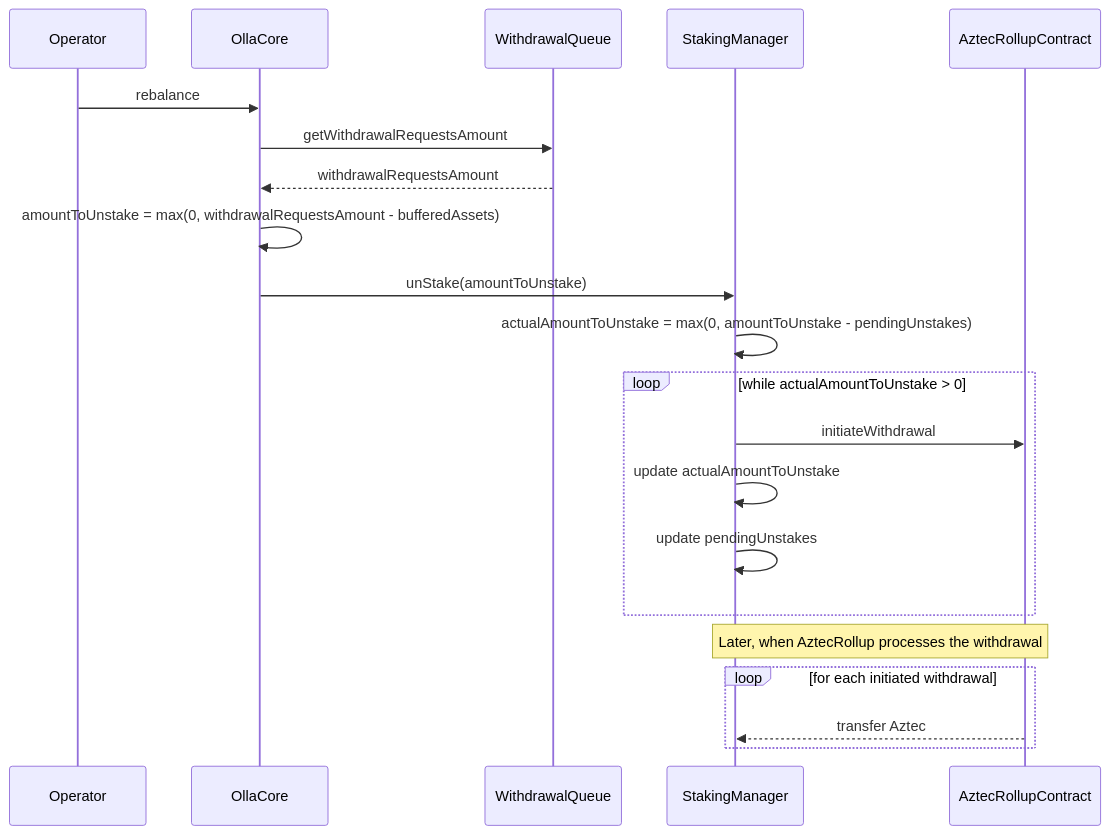
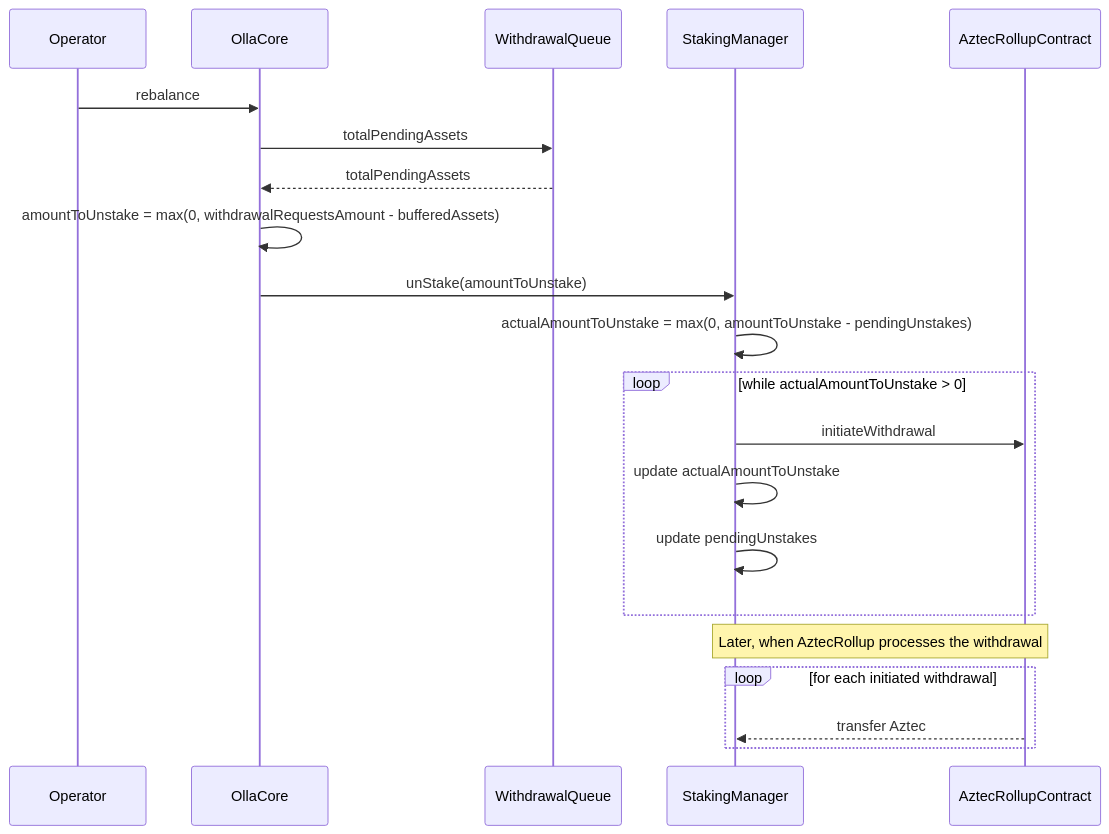
The seventh of 7 diagrams in research/technical/architecture/flows.md (ollafinance/core), drawn with Mermaid before and after one commit. The commit also changed other lines of this file and 5 other files, not shown here.

Commit message:
bring architecture docs in line with current implementation

````diff
--- a/research/technical/architecture/flows.md
+++ b/research/technical/architecture/flows.md
@@ -202,24 +202,24 @@
 ```mermaid
 sequenceDiagram
     participant op as Operator
     participant C as OllaCore
     participant WQ as WithdrawalQueue
     participant stkMan as StakingManager
     participant AR as AztecRollupContract
 
     op->>C: rebalance
-    C->>WQ: getWithdrawalRequestsAmount
-    WQ-->>C: withdrawalRequestsAmount
+    C->>WQ: totalPendingAssets
+    WQ-->>C: totalPendingAssets
     C->>C: amountToUnstake = max(0, withdrawalRequestsAmount - bufferedAssets)
     C->>stkMan: unStake(amountToUnstake)
     stkMan->>stkMan: actualAmountToUnstake = max(0, amountToUnstake - pendingUnstakes)
     loop while actualAmountToUnstake > 0
         stkMan->>AR: initiateWithdrawal
         stkMan->>stkMan: update actualAmountToUnstake
         stkMan->>stkMan: update pendingUnstakes
     end
     Note over stkMan,AR: Later, when AztecRollup processes the withdrawal
     loop for each initiated withdrawal
         AR-->>stkMan: transfer Aztec
     end
 ```
````
